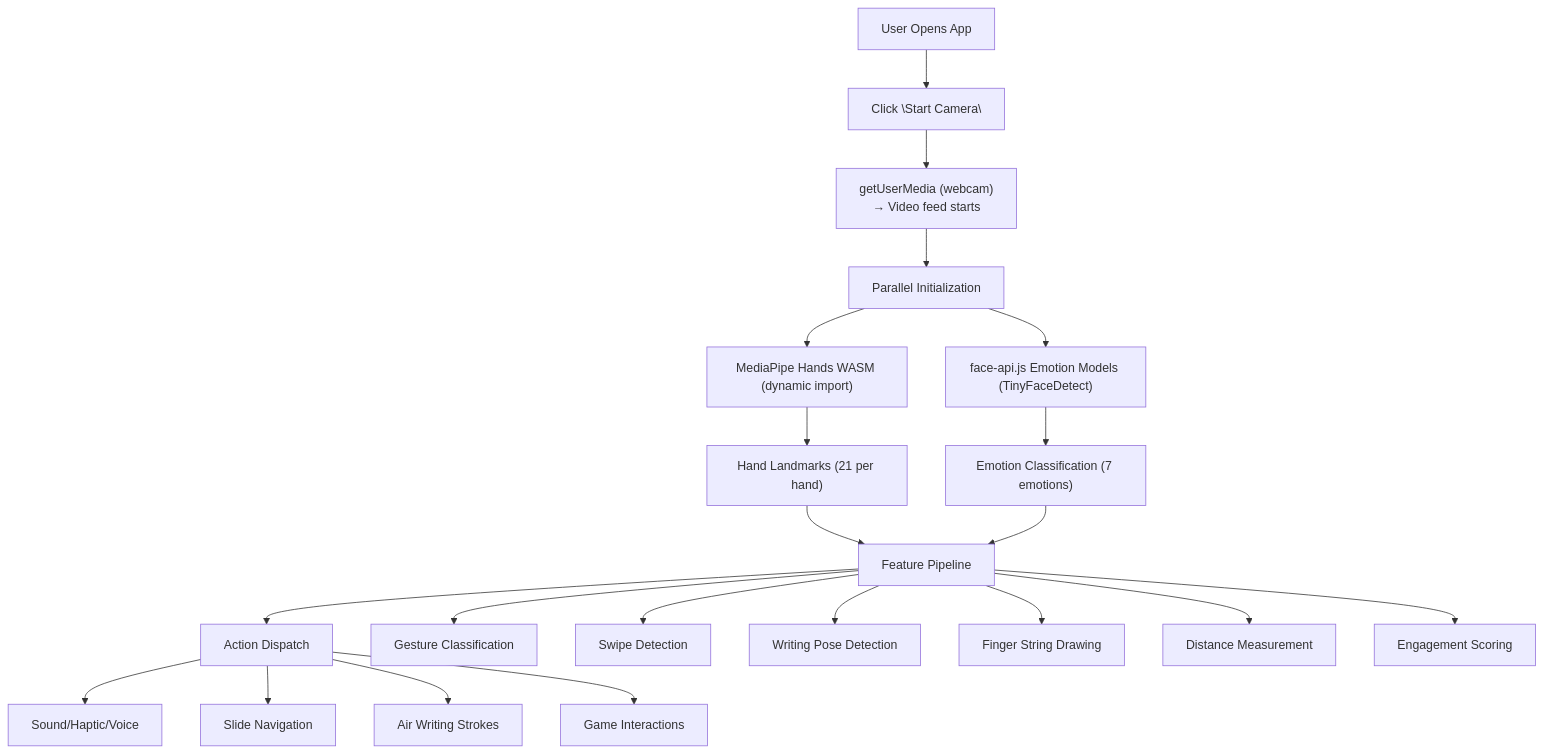
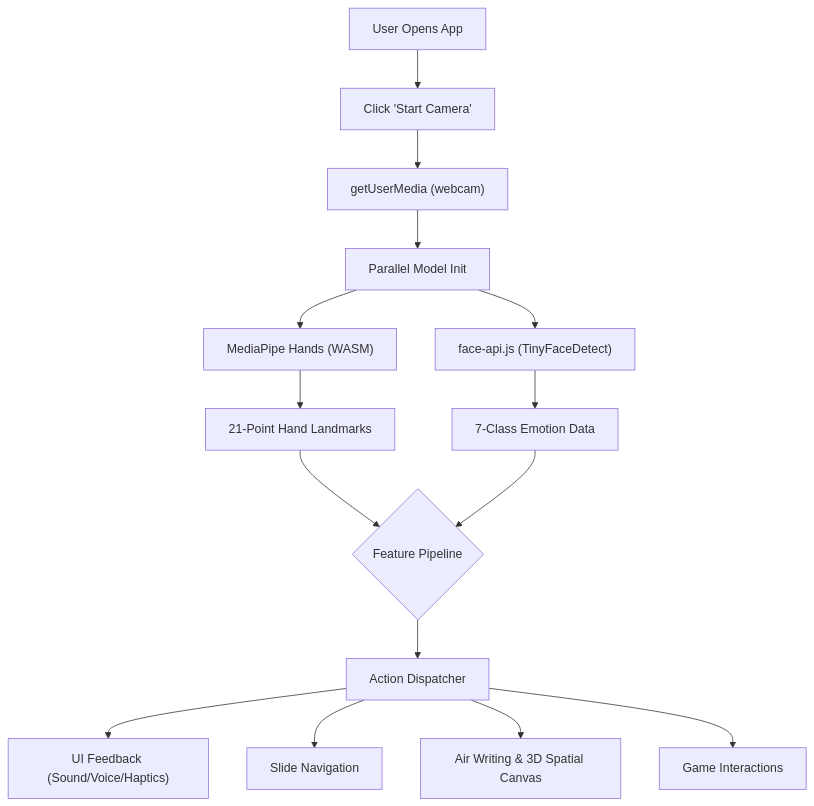
One commit to Aniket886/hand-gestures changed the diagram in README.md. Above: the diagram before and after it, drawn with Mermaid. The commit also changed other lines of this file, not shown here.

````diff
--- a/README.md
+++ b/README.md
@@ -156,28 +123,21 @@
 ```mermaid
 flowchart TD
-  A["User Opens App"] --> B["Click \"Start Camera\""]
-  B --> C["getUserMedia (webcam)\n→ Video feed starts"]
-  C --> D["Parallel Initialization"]
+    A["User Opens App"] --> B["Click 'Start Camera'"]
+    B --> C["getUserMedia (webcam)"]
+    C --> D["Parallel Model Init"]
 
-  D --> E["MediaPipe Hands WASM (dynamic import)"]
-  D --> F["face-api.js Emotion Models (TinyFaceDetect)"]
+    D --> E["MediaPipe Hands (WASM)"]
+    D --> F["face-api.js (TinyFaceDetect)"]
 
-  E --> G["Hand Landmarks (21 per hand)"]
-  F --> H["Emotion Classification (7 emotions)"]
+    E --> G["21-Point Hand Landmarks"]
+    F --> H["7-Class Emotion Data"]
 
-  G --> I["Feature Pipeline"]
-  H --> I
+    G & H --> I{"Feature Pipeline"}
 
-  I --> J["Action Dispatch"]
-  I --> K["Gesture Classification"]
-  I --> L["Swipe Detection"]
-  I --> M["Writing Pose Detection"]
-  I --> N["Finger String Drawing"]
-  I --> O["Distance Measurement"]
-  I --> P["Engagement Scoring"]
-
-  J --> Q["Sound/Haptic/Voice"]
-  J --> R["Slide Navigation"]
-  J --> S["Air Writing Strokes"]
-  J --> T["Game Interactions"]
+    I --> J["Action Dispatcher"]
+    
+    J --> K["UI Feedback (Sound/Voice/Haptics)"]
+    J --> L["Slide Navigation"]
+    J --> M["Air Writing & 3D Spatial Canvas"]
+    J --> N["Game Interactions"]
 ```
````
